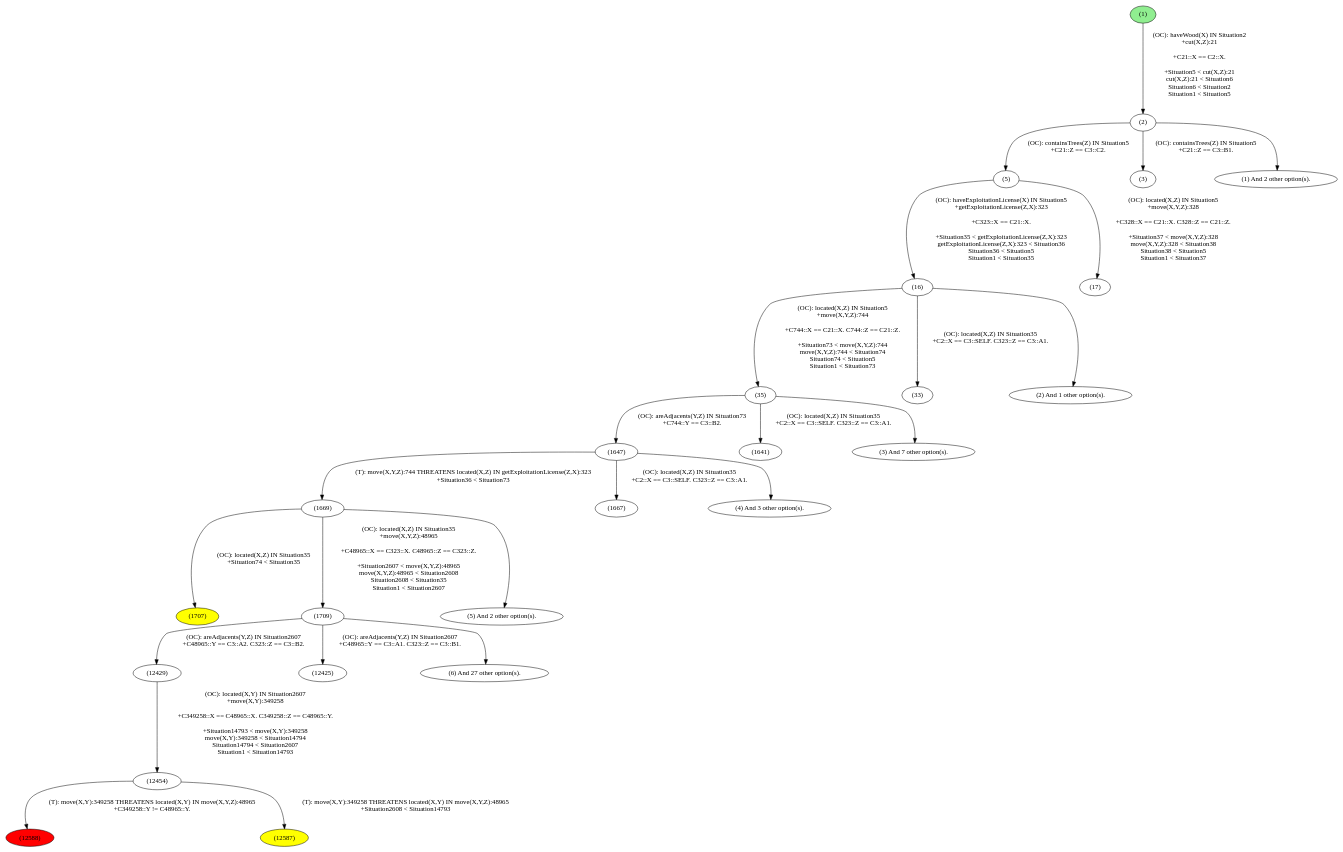
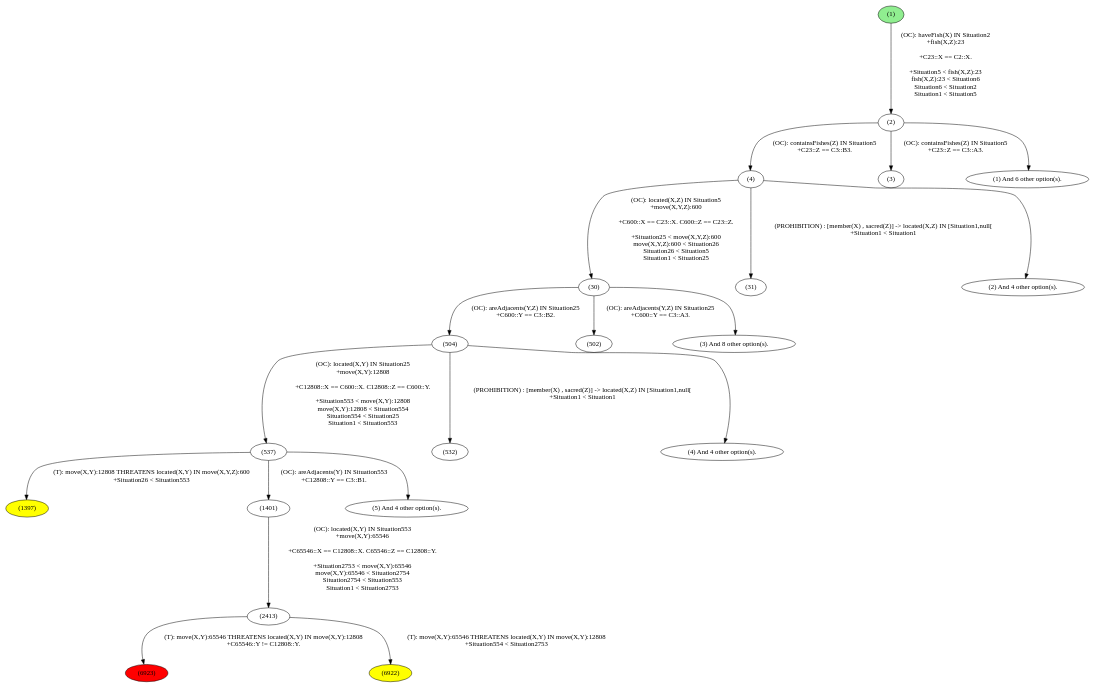
Before and after one commit to tokyramarozaka/mimosa-iriela-extension: the diagram in output/detailed.png.dot, drawn with Graphviz. The commit also changed 10 other files, not shown here.

```diff
--- a/output/detailed.png.dot
+++ b/output/detailed.png.dot
@@ -1,126 +1,95 @@
 digraph G {
-"(12588) " [style=filled,fillcolor="red"];
-"(12587) " [style=filled,fillcolor="yellow"];
-"(1707) " [style=filled,fillcolor="yellow"];
+"(6923) " [style=filled,fillcolor="red"];
+"(6922) " [style=filled,fillcolor="yellow"];
+"(1397) " [style=filled,fillcolor="yellow"];
 "(1) " [style=filled,fillcolor="lightgreen"];
-"(1) " -> "(2) " [label="(OC): haveWood(X) IN Situation2
-+cut(X,Z):21
+"(1) " -> "(2) " [label="(OC): haveFish(X) IN Situation2
++fish(X,Z):23
 
-+C21::X == C2::X. 
++C23::X == C2::X. 
 
-+Situation5 < cut(X,Z):21
-cut(X,Z):21 < Situation6
++Situation5 < fish(X,Z):23
+fish(X,Z):23 < Situation6
 Situation6 < Situation2
 Situation1 < Situation5
 
 "];
-"(2) " -> "(5) " [label="(OC): containsTrees(Z) IN Situation5
-+C21::Z == C3::C2. 
+"(2) " -> "(4) " [label="(OC): containsFishes(Z) IN Situation5
++C23::Z == C3::B3. 
 
 "];
-"(2) " -> "(3) " [label="(OC): containsTrees(Z) IN Situation5
-+C21::Z == C3::B1. 
+"(2) " -> "(3) " [label="(OC): containsFishes(Z) IN Situation5
++C23::Z == C3::A3. 
 
 "];
-"(2) " -> "(1) And 2 other option(s).";
-"(5) " -> "(16) " [label="(OC): haveExploitationLicense(X) IN Situation5
-+getExploitationLicense(Z,X):323
+"(2) " -> "(1) And 6 other option(s).";
+"(4) " -> "(30) " [label="(OC): located(X,Z) IN Situation5
++move(X,Y,Z):600
 
-+C323::X == C21::X. 
++C600::X == C23::X. C600::Z == C23::Z. 
 
-+Situation35 < getExploitationLicense(Z,X):323
-getExploitationLicense(Z,X):323 < Situation36
-Situation36 < Situation5
-Situation1 < Situation35
++Situation25 < move(X,Y,Z):600
+move(X,Y,Z):600 < Situation26
+Situation26 < Situation5
+Situation1 < Situation25
 
 "];
-"(5) " -> "(17) " [label="(OC): located(X,Z) IN Situation5
-+move(X,Y,Z):328
-
-+C328::X == C21::X. C328::Z == C21::Z. 
-
-+Situation37 < move(X,Y,Z):328
-move(X,Y,Z):328 < Situation38
-Situation38 < Situation5
-Situation1 < Situation37
+"(4) " -> "(31) " [label="(PROHIBITION) : [member(X) , sacred(Z)] -> located(X,Z) IN [Situation1,null[
++Situation1 < Situation1
 
 "];
-"(16) " -> "(35) " [label="(OC): located(X,Z) IN Situation5
-+move(X,Y,Z):744
-
-+C744::X == C21::X. C744::Z == C21::Z. 
-
-+Situation73 < move(X,Y,Z):744
-move(X,Y,Z):744 < Situation74
-Situation74 < Situation5
-Situation1 < Situation73
+"(4) " -> "(2) And 4 other option(s).";
+"(30) " -> "(504) " [label="(OC): areAdjacents(Y,Z) IN Situation25
++C600::Y == C3::B2. 
 
 "];
-"(16) " -> "(33) " [label="(OC): located(X,Z) IN Situation35
-+C2::X == C3::SELF. C323::Z == C3::A1. 
+"(30) " -> "(502) " [label="(OC): areAdjacents(Y,Z) IN Situation25
++C600::Y == C3::A3. 
 
 "];
-"(16) " -> "(2) And 1 other option(s).";
-"(35) " -> "(1647) " [label="(OC): areAdjacents(Y,Z) IN Situation73
-+C744::Y == C3::B2. 
+"(30) " -> "(3) And 8 other option(s).";
+"(504) " -> "(537) " [label="(OC): located(X,Y) IN Situation25
++move(X,Y):12808
+
++C12808::X == C600::X. C12808::Z == C600::Y. 
+
++Situation553 < move(X,Y):12808
+move(X,Y):12808 < Situation554
+Situation554 < Situation25
+Situation1 < Situation553
 
 "];
-"(35) " -> "(1641) " [label="(OC): located(X,Z) IN Situation35
-+C2::X == C3::SELF. C323::Z == C3::A1. 
+"(504) " -> "(532) " [label="(PROHIBITION) : [member(X) , sacred(Z)] -> located(X,Z) IN [Situation1,null[
++Situation1 < Situation1
 
 "];
-"(35) " -> "(3) And 7 other option(s).";
-"(1647) " -> "(1669) " [label="(T): move(X,Y,Z):744 THREATENS located(X,Z) IN getExploitationLicense(Z,X):323
-+Situation36 < Situation73
+"(504) " -> "(4) And 4 other option(s).";
+"(537) " -> "(1401) " [label="(OC): areAdjacents(Y) IN Situation553
++C12808::Y == C3::B1. 
 
 "];
-"(1647) " -> "(1667) " [label="(OC): located(X,Z) IN Situation35
-+C2::X == C3::SELF. C323::Z == C3::A1. 
+"(537) " -> "(1397) " [label="(T): move(X,Y):12808 THREATENS located(X,Y) IN move(X,Y,Z):600
++Situation26 < Situation553
 
 "];
-"(1647) " -> "(4) And 3 other option(s).";
-"(1669) " -> "(1709) " [label="(OC): located(X,Z) IN Situation35
-+move(X,Y,Z):48965
+"(537) " -> "(5) And 4 other option(s).";
+"(1401) " -> "(2413) " [label="(OC): located(X,Y) IN Situation553
++move(X,Y):65546
 
-+C48965::X == C323::X. C48965::Z == C323::Z. 
++C65546::X == C12808::X. C65546::Z == C12808::Y. 
 
-+Situation2607 < move(X,Y,Z):48965
-move(X,Y,Z):48965 < Situation2608
-Situation2608 < Situation35
-Situation1 < Situation2607
++Situation2753 < move(X,Y):65546
+move(X,Y):65546 < Situation2754
+Situation2754 < Situation553
+Situation1 < Situation2753
 
 "];
-"(1669) " -> "(1707) " [label="(OC): located(X,Z) IN Situation35
-+Situation74 < Situation35
+"(2413) " -> "(6923) " [label="(T): move(X,Y):65546 THREATENS located(X,Y) IN move(X,Y):12808
++C65546::Y != C12808::Y. 
 
 "];
-"(1669) " -> "(5) And 2 other option(s).";
-"(1709) " -> "(12429) " [label="(OC): areAdjacents(Y,Z) IN Situation2607
-+C48965::Y == C3::A2. C323::Z == C3::B2. 
-
-"];
-"(1709) " -> "(12425) " [label="(OC): areAdjacents(Y,Z) IN Situation2607
-+C48965::Y == C3::A1. C323::Z == C3::B1. 
-
-"];
-"(1709) " -> "(6) And 27 other option(s).";
-"(12429) " -> "(12454) " [label="(OC): located(X,Y) IN Situation2607
-+move(X,Y):349258
-
-+C349258::X == C48965::X. C349258::Z == C48965::Y. 
-
-+Situation14793 < move(X,Y):349258
-move(X,Y):349258 < Situation14794
-Situation14794 < Situation2607
-Situation1 < Situation14793
-
-"];
-"(12454) " -> "(12588) " [label="(T): move(X,Y):349258 THREATENS located(X,Y) IN move(X,Y,Z):48965
-+C349258::Y != C48965::Y. 
-
-"];
-"(12454) " -> "(12587) " [label="(T): move(X,Y):349258 THREATENS located(X,Y) IN move(X,Y,Z):48965
-+Situation2608 < Situation14793
+"(2413) " -> "(6922) " [label="(T): move(X,Y):65546 THREATENS located(X,Y) IN move(X,Y):12808
++Situation554 < Situation2753
 
 "];
 }
```
